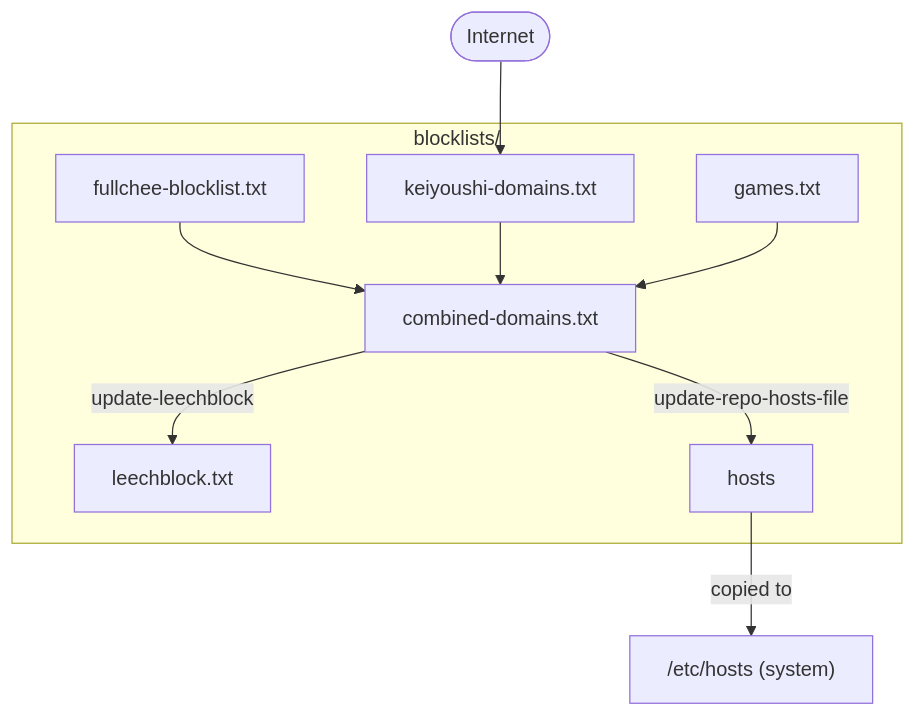
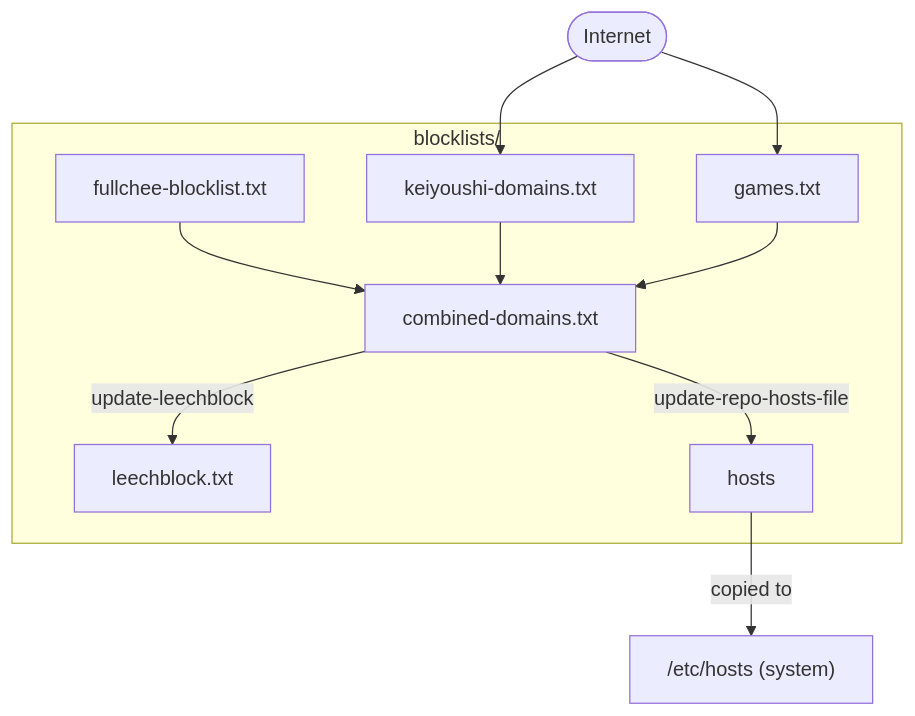
Before and after one commit to Fullchee/domain-blocklist: the diagram in README.md, drawn with Mermaid.

Commit message:
Update mermaid diagram to have internet point to games

````diff
--- a/README.md
+++ b/README.md
@@ -22,21 +22,22 @@
 ```mermaid
 flowchart TD
   Internet([Internet])
 
   subgraph blocklists["blocklists/"]
-    FB["fullchee-blocklist.txt"]
-    KD["keiyoushi-domains.txt"]
-    GL["games.txt"]
-    CD["combined-domains.txt"]
-    LB["leechblock.txt"]
-    HS["hosts"]
+    Fullchee["fullchee-blocklist.txt"]
+    Keiyoushi["keiyoushi-domains.txt"]
+    Games["games.txt"]
+    Combined["combined-domains.txt"]
+    Leechblock["leechblock.txt"]
+    Hosts["hosts"]
   end
 
-  Internet --> KD
-  FB --> CD
-  KD --> CD
-  GL --> CD
-  CD -->|update-leechblock| LB
-  CD -->|update-repo-hosts-file| HS
-  HS -->|copied to| ETC["/etc/hosts (system)"]
+  Internet --> Keiyoushi
+  Internet --> Games
+  Fullchee --> Combined
+  Keiyoushi --> Combined
+  Games --> Combined
+  Combined -->|update-leechblock| Leechblock
+  Combined -->|update-repo-hosts-file| Hosts
+  Hosts -->|copied to| ETC["/etc/hosts (system)"]
 ```
````
